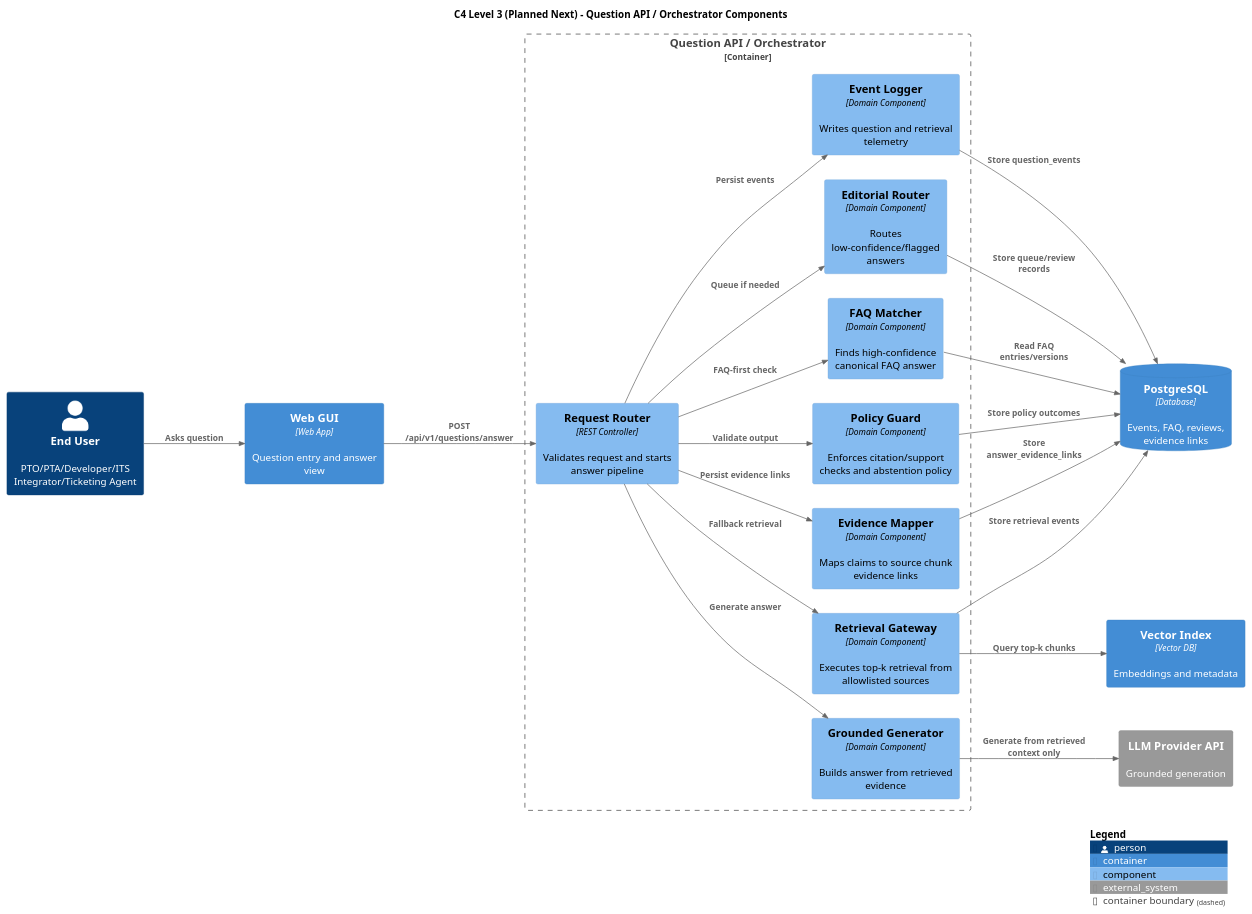
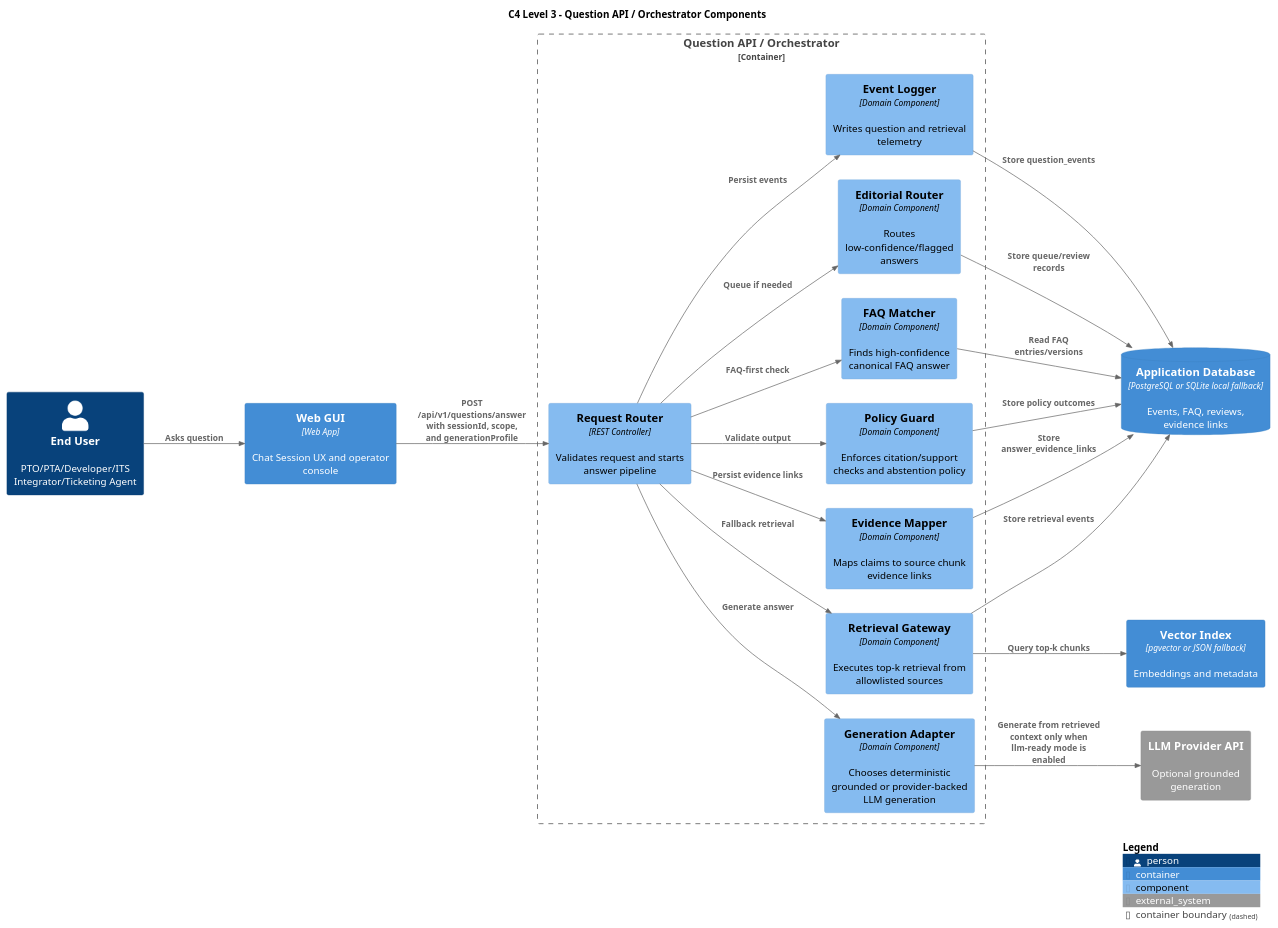
The diagram in docs/architecture/c4-orchestrator-components.puml (UM-KGPI/NapcoreHelpdesk), drawn with PlantUML before and after one commit. The commit also changed 36 other files, not shown here.

Commit message:
feat(helpdesk): add chat UX, llm-ready flow, docs, and updated slides

```diff
--- a/docs/architecture/c4-orchestrator-components.puml
+++ b/docs/architecture/c4-orchestrator-components.puml
@@ -1,46 +1,46 @@
 @startuml
 !includeurl https://raw.githubusercontent.com/plantuml-stdlib/C4-PlantUML/master/C4_Component.puml
 
 LAYOUT_LEFT_RIGHT()
 
-title C4 Level 3 (Planned Next) - Question API / Orchestrator Components
+title C4 Level 3 - Question API / Orchestrator Components
 
 Person(user, "End User", "PTO/PTA/Developer/ITS Integrator/Ticketing Agent")
-Container(gui, "Web GUI", "Web App", "Question entry and answer view")
-ContainerDb(pg, "PostgreSQL", "Database", "Events, FAQ, reviews, evidence links")
-Container(vdb, "Vector Index", "Vector DB", "Embeddings and metadata")
-System_Ext(llm, "LLM Provider API", "Grounded generation")
+Container(gui, "Web GUI", "Web App", "Chat Session UX and operator console")
+ContainerDb(pg, "Application Database", "PostgreSQL or SQLite local fallback", "Events, FAQ, reviews, evidence links")
+Container(vdb, "Vector Index", "pgvector or JSON fallback", "Embeddings and metadata")
+System_Ext(llm, "LLM Provider API", "Optional grounded generation")
 
 Container_Boundary(orchestrator, "Question API / Orchestrator") {
   Component(router, "Request Router", "REST Controller", "Validates request and starts answer pipeline")
   Component(faqmatcher, "FAQ Matcher", "Domain Component", "Finds high-confidence canonical FAQ answer")
   Component(retrievalgw, "Retrieval Gateway", "Domain Component", "Executes top-k retrieval from allowlisted sources")
-  Component(generation, "Grounded Generator", "Domain Component", "Builds answer from retrieved evidence")
+  Component(generation, "Generation Adapter", "Domain Component", "Chooses deterministic grounded or provider-backed LLM generation")
   Component(policy, "Policy Guard", "Domain Component", "Enforces citation/support checks and abstention policy")
   Component(evidence, "Evidence Mapper", "Domain Component", "Maps claims to source chunk evidence links")
   Component(logger, "Event Logger", "Domain Component", "Writes question and retrieval telemetry")
   Component(editorialroute, "Editorial Router", "Domain Component", "Routes low-confidence/flagged answers")
 }
 
 Rel(user, gui, "Asks question")
-Rel(gui, router, "POST /api/v1/questions/answer")
+Rel(gui, router, "POST /api/v1/questions/answer with sessionId, scope, and generationProfile")
 Rel(router, faqmatcher, "FAQ-first check")
 Rel(router, retrievalgw, "Fallback retrieval")
 Rel(router, generation, "Generate answer")
 Rel(router, policy, "Validate output")
 Rel(router, evidence, "Persist evidence links")
 Rel(router, logger, "Persist events")
 Rel(router, editorialroute, "Queue if needed")
 
 Rel(faqmatcher, pg, "Read FAQ entries/versions")
 Rel(retrievalgw, vdb, "Query top-k chunks")
 Rel(retrievalgw, pg, "Store retrieval events")
-Rel(generation, llm, "Generate from retrieved context only")
+Rel(generation, llm, "Generate from retrieved context only when llm-ready mode is enabled")
 Rel(policy, pg, "Store policy outcomes")
 Rel(evidence, pg, "Store answer_evidence_links")
 Rel(logger, pg, "Store question_events")
 Rel(editorialroute, pg, "Store queue/review records")
 
 SHOW_LEGEND()
 
 @enduml
```
